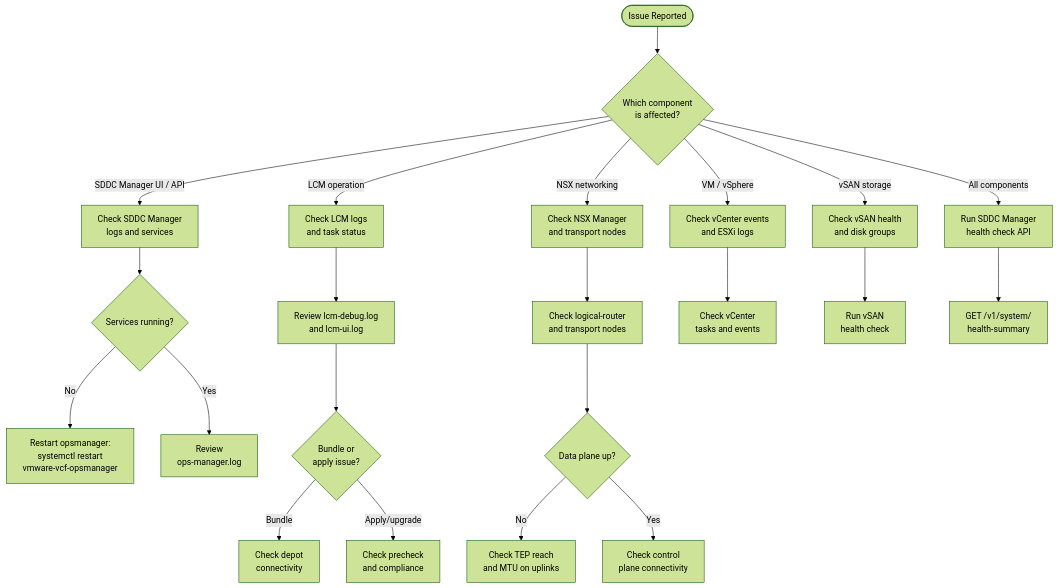
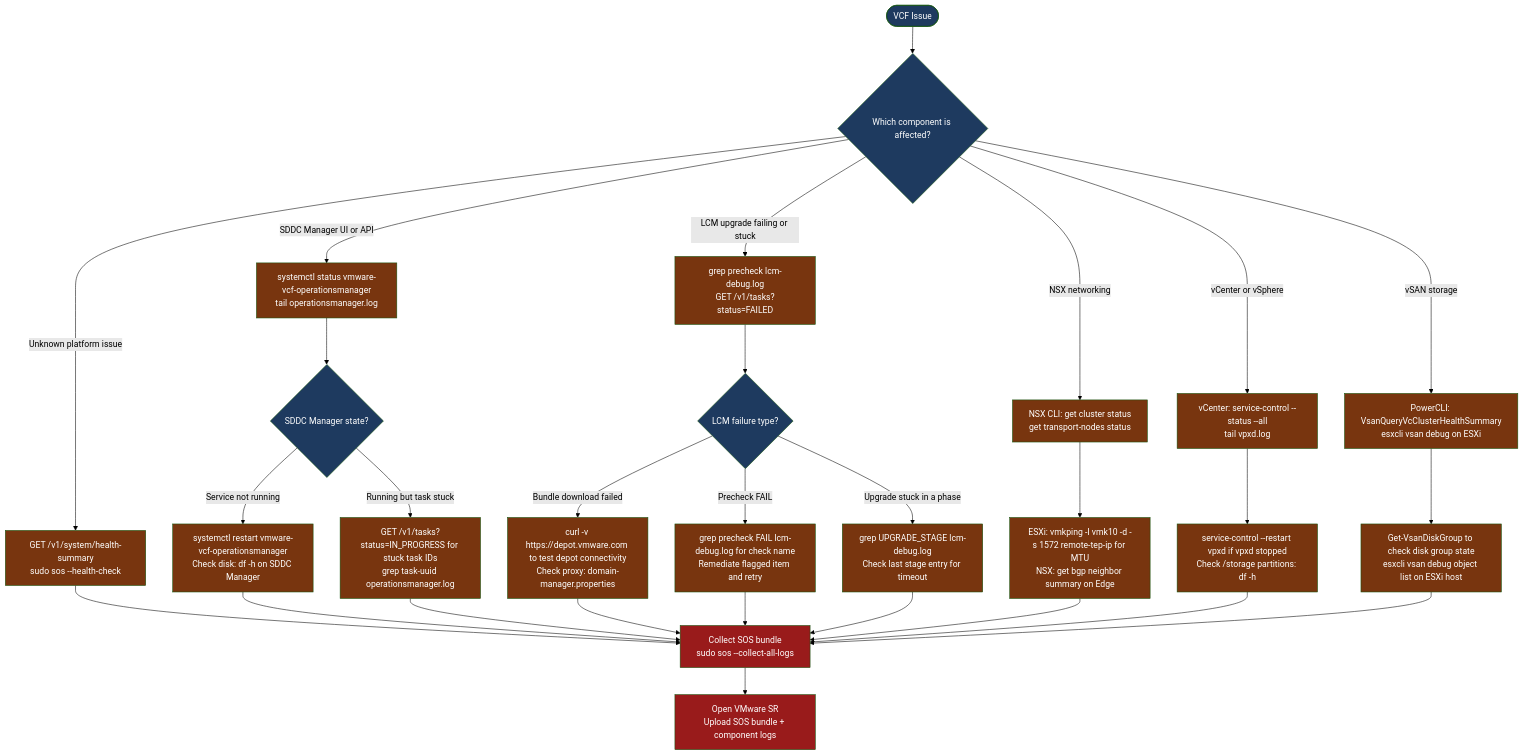
One commit to canast01/chris-kb changed the diagram in docs/virtualization/vmware/vmware-cloud-foundation/troubleshooting/diagnostics.md. Above: the diagram before and after it, drawn with Mermaid (forest theme). The commit also changed other lines of this file and 3 other files, not shown here.

First line of the commit message:
Batch 11: gold-standard diagnostics rewrites — vCenter, ServiceNow, VCF, VxRail

````diff
--- a/docs/virtualization/vmware/vmware-cloud-foundation/troubleshooting/diagnostics.md
+++ b/docs/virtualization/vmware/vmware-cloud-foundation/troubleshooting/diagnostics.md
@@ -34,29 +62,37 @@
 ```mermaid
-flowchart TD
-    A([Issue Reported]) --> B{Which component\nis affected?}
+graph TD
+    A([VCF Issue]) --> B{Which component is affected?}
+    B -->|SDDC Manager UI or API| C[systemctl status vmware-vcf-operationsmanager\ntail operationsmanager.log]
+    B -->|LCM upgrade failing or stuck| D[grep precheck lcm-debug.log\nGET /v1/tasks?status=FAILED]
+    B -->|NSX networking| E[NSX CLI: get cluster status\nget transport-nodes status]
+    B -->|vCenter or vSphere| F[vCenter: service-control --status --all\ntail vpxd.log]
+    B -->|vSAN storage| G[PowerCLI: VsanQueryVcClusterHealthSummary\nesxcli vsan debug on ESXi]
+    B -->|Unknown platform issue| H[GET /v1/system/health-summary\nsudo sos --health-check]
+    C --> I{SDDC Manager state?}
+    I -->|Service not running| J[systemctl restart vmware-vcf-operationsmanager\nCheck disk: df -h on SDDC Manager]
+    I -->|Running but task stuck| K[GET /v1/tasks?status=IN_PROGRESS for stuck task IDs\ngrep task-uuid operationsmanager.log]
+    D --> L{LCM failure type?}
+    L -->|Bundle download failed| M[curl -v https://depot.vmware.com to test depot connectivity\nCheck proxy: domain-manager.properties]
+    L -->|Precheck FAIL| N[grep precheck FAIL lcm-debug.log for check name\nRemediate flagged item and retry]
+    L -->|Upgrade stuck in a phase| O[grep UPGRADE_STAGE lcm-debug.log\nCheck last stage entry for timeout]
+    E --> P[ESXi: vmkping -I vmk10 -d -s 1572 remote-tep-ip for MTU\nNSX: get bgp neighbor summary on Edge]
+    F --> Q[service-control --restart vpxd if vpxd stopped\nCheck /storage partitions: df -h]
+    G --> R[Get-VsanDiskGroup to check disk group state\nesxcli vsan debug object list on ESXi host]
+    H --> S[Collect SOS bundle\nsudo sos --collect-all-logs]
+    J --> S
+    K --> S
+    M --> S
+    N --> S
+    O --> S
+    P --> S
+    Q --> S
+    R --> S
+    S --> T[Open VMware SR\nUpload SOS bundle + component logs]
 
-    B -->|SDDC Manager UI / API| C[Check SDDC Manager\nlogs and services]
-    B -->|LCM operation| D[Check LCM logs\nand task status]
-    B -->|NSX networking| E[Check NSX Manager\nand transport nodes]
-    B -->|VM / vSphere| F[Check vCenter events\nand ESXi logs]
-    B -->|vSAN storage| G[Check vSAN health\nand disk groups]
-    B -->|All components| H[Run SDDC Manager\nhealth check API]
-
-    C --> C1{Services running?}
-    C1 -->|No| C2[Restart opsmanager:\nsystemctl restart\nvmware-vcf-opsmanager]
-    C1 -->|Yes| C3[Review\nops-manager.log]
-
-    D --> D1[Review lcm-debug.log\nand lcm-ui.log]
-    D1 --> D2{Bundle or\napply issue?}
-    D2 -->|Bundle| D3[Check depot\nconnectivity]
-    D2 -->|Apply/upgrade| D4[Check precheck\nand compliance]
-
-    E --> E1[Check logical-router\nand transport nodes]
-    E1 --> E2{Data plane up?}
-    E2 -->|No| E3[Check TEP reach\nand MTU on uplinks]
-    E2 -->|Yes| E4[Check control\nplane connectivity]
-
-    F --> F1[Check vCenter\ntasks and events]
-    G --> G1[Run vSAN\nhealth check]
-    H --> H1[GET /v1/system/\nhealth-summary]
+    classDef dark fill:#1e3a5f,color:#fff
+    classDef action fill:#78350f,color:#fff
+    classDef escalate fill:#991b1b,color:#fff
+    class A,B,I,L dark
+    class C,D,E,F,G,H,J,K,M,N,O,P,Q,R action
+    class S,T escalate
 ```
````
